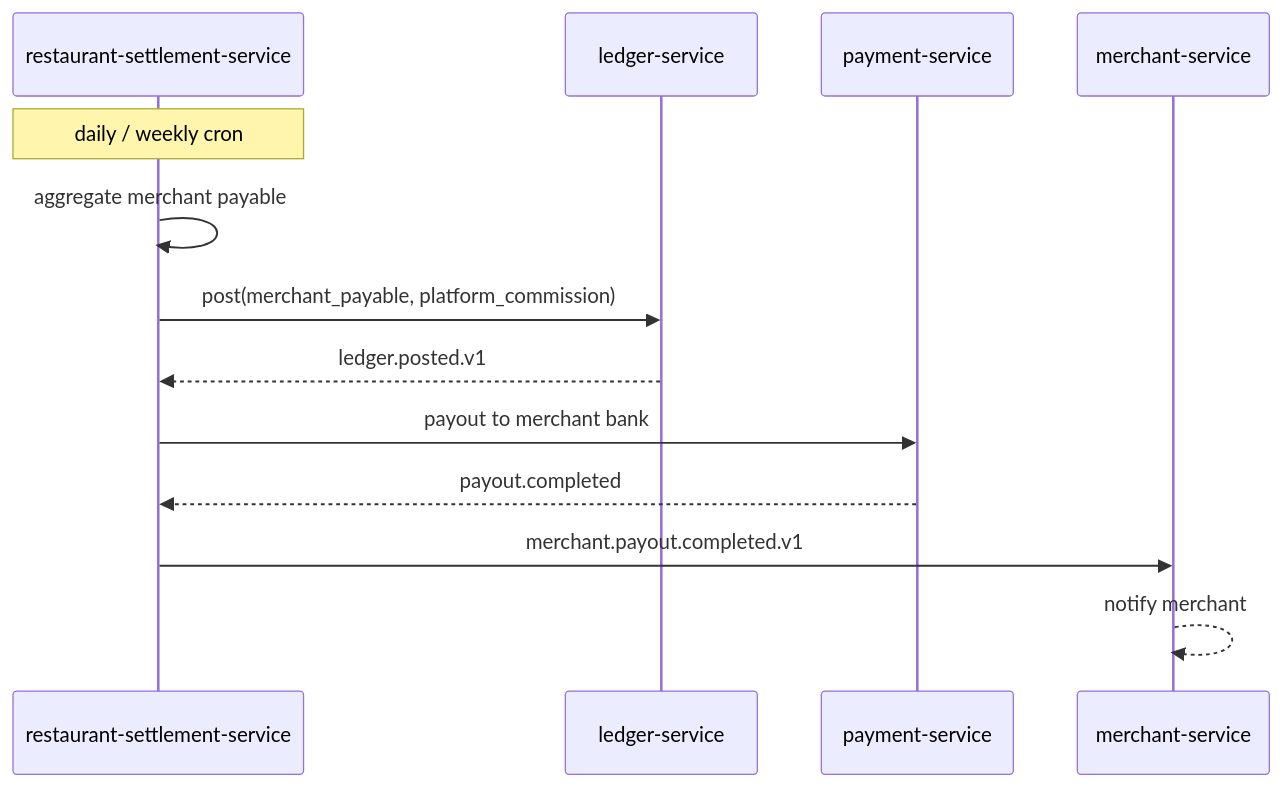
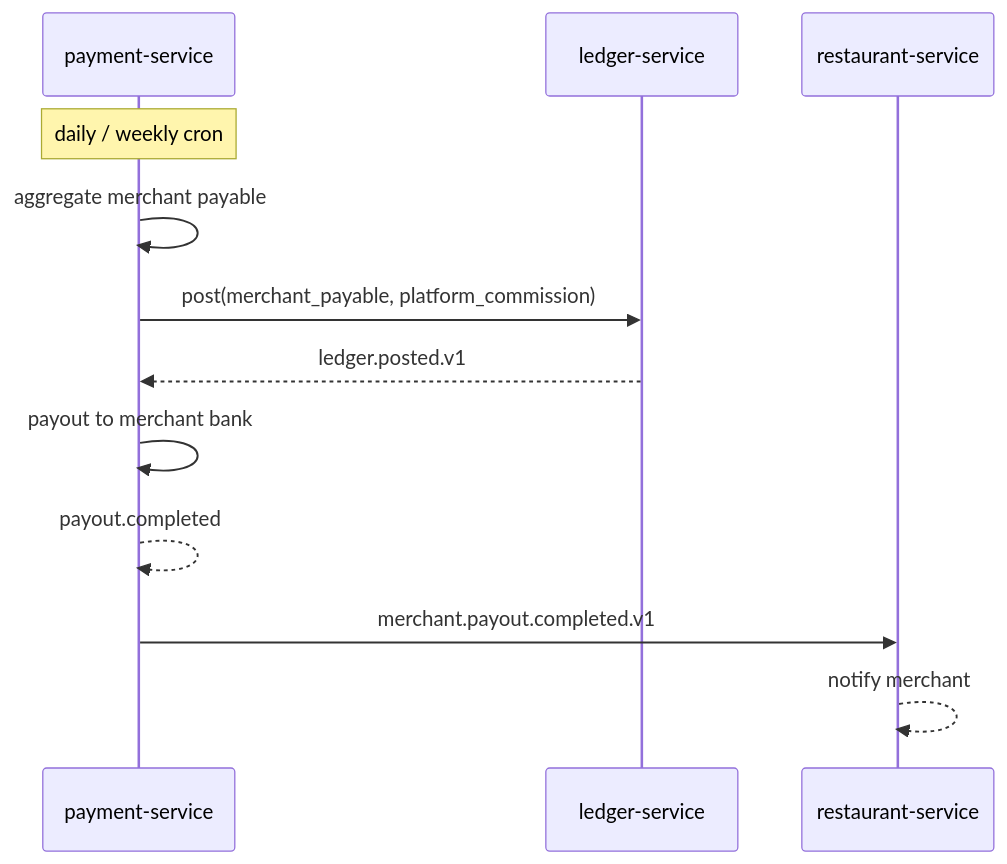
Before and after one commit to mohamedhabibwork/trips-enjoy-docs: the fifth of 9 diagrams in docs/workflows/PAYMENT_WORKFLOWS.md, drawn with Mermaid. The commit also changed other lines of this file and 525 other files, not shown here.

````diff
--- a/docs/workflows/PAYMENT_WORKFLOWS.md
+++ b/docs/workflows/PAYMENT_WORKFLOWS.md
@@ -134,16 +132,15 @@
 ```mermaid
 sequenceDiagram
-    participant RSM as restaurant-settlement-service
+    participant PAY as payment-service
     participant LD as ledger-service
-    participant PAY as payment-service
-    participant MR as merchant-service
+    participant RES as restaurant-service
 
-    Note over RSM: daily / weekly cron
-    RSM->>RSM: aggregate merchant payable
-    RSM->>LD: post(merchant_payable, platform_commission)
-    LD-->>RSM: ledger.posted.v1
-    RSM->>PAY: payout to merchant bank
-    PAY-->>RSM: payout.completed
-    RSM->>MR: merchant.payout.completed.v1
-    MR-->>MR: notify merchant
+    Note over PAY: daily / weekly cron
+    PAY->>PAY: aggregate merchant payable
+    PAY->>LD: post(merchant_payable, platform_commission)
+    LD-->>PAY: ledger.posted.v1
+    PAY->>PAY: payout to merchant bank
+    PAY-->>PAY: payout.completed
+    PAY->>RES: merchant.payout.completed.v1
+    RES-->>RES: notify merchant
 ```
````
